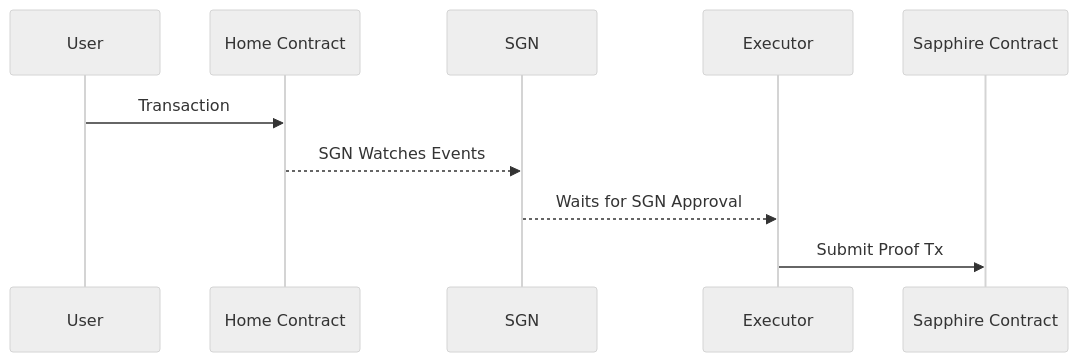
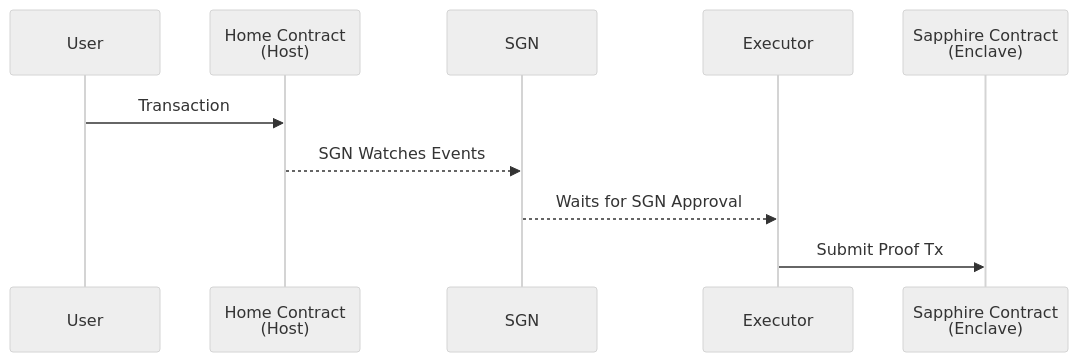
The diagram in docs/dapp/diagrams/opl-contract-flow.mmd (oasisprotocol/docs), drawn with Mermaid (neutral theme) before and after one commit. The commit also changed 7 other files, not shown here.

```diff
--- a/docs/dapp/diagrams/opl-contract-flow.mmd
+++ b/docs/dapp/diagrams/opl-contract-flow.mmd
@@ -1,5 +1,10 @@
 sequenceDiagram
-    User ->> Home Contract: Transaction
-    Home Contract -->> SGN: SGN Watches Events
+    participant User
+    participant Home as Home Contract<br/>(Host)
+    participant SGN
+    participant Executor
+    participant Sapphire as Sapphire Contract<br/>(Enclave)
+    User ->> Home: Transaction
+    Home -->> SGN: SGN Watches Events
     SGN -->> Executor: Waits for SGN Approval
-    Executor ->> Sapphire Contract: Submit Proof Tx
+    Executor ->> Sapphire: Submit Proof Tx
```
